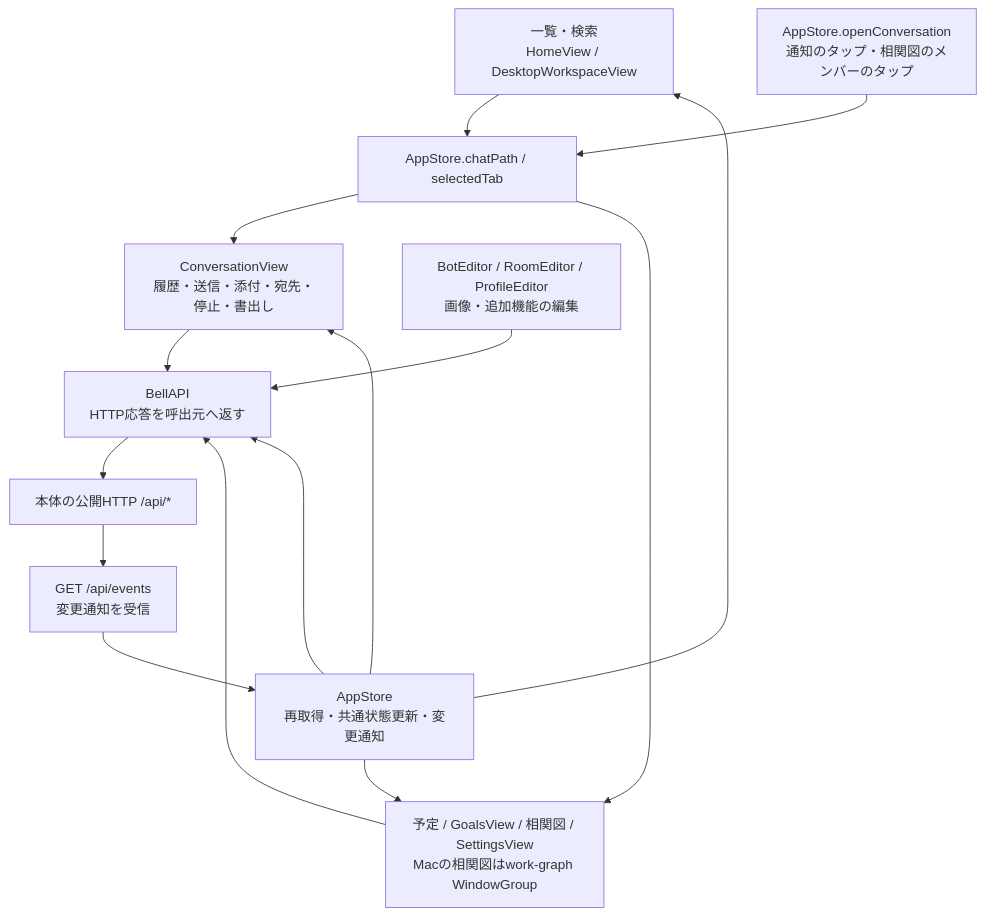
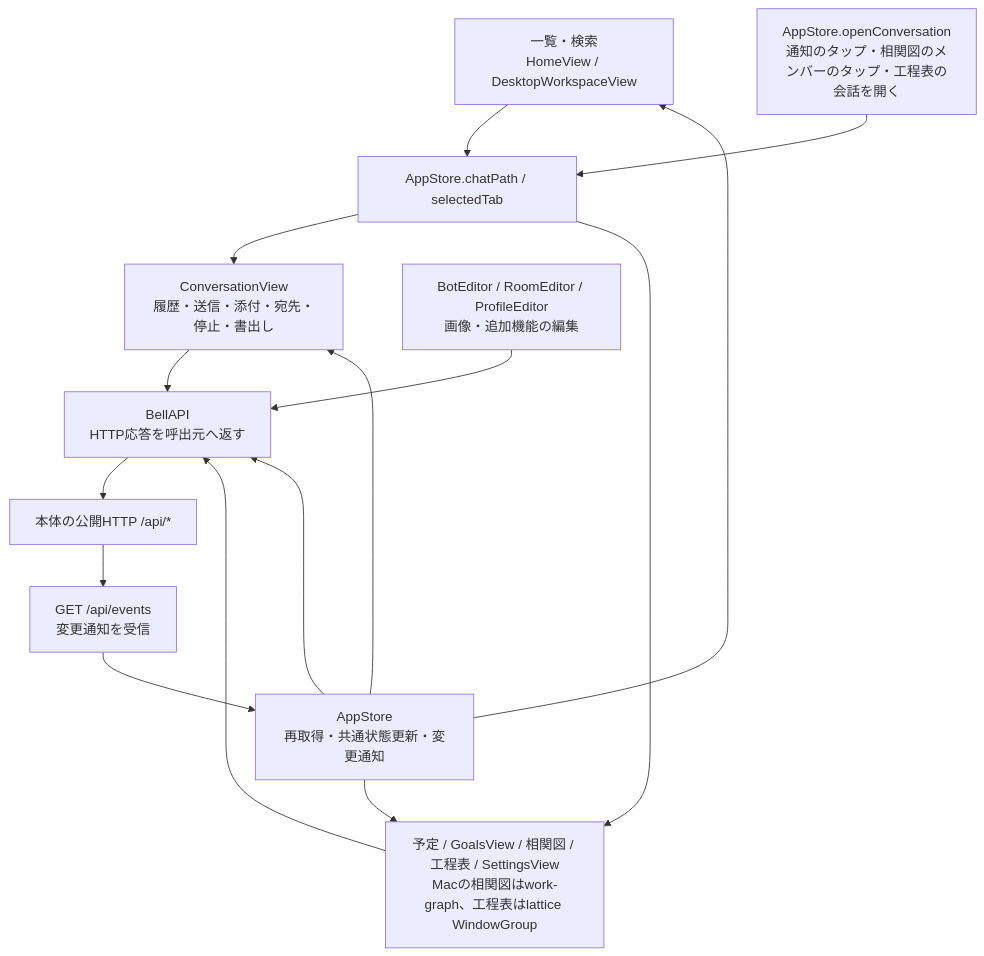
The second of 3 diagrams in docs/architecture/modules/apple/overview.md (kitepon/BellTeam), drawn with Mermaid before and after one commit. The commit also changed other lines of this file and 14 other files, not shown here.

First line of the commit message:
Apple: Lattice process chart screens for iPhone, iPad and Mac

````diff
--- a/docs/architecture/modules/apple/overview.md
+++ b/docs/architecture/modules/apple/overview.md
@@ -29,17 +30,17 @@
 ```mermaid
 flowchart TD
   List["一覧・検索<br/>HomeView / DesktopWorkspaceView"] --> Selection["AppStore.chatPath / selectedTab"]
   Selection --> Chat["ConversationView<br/>履歴・送信・添付・宛先・停止・書出し"]
-  Selection --> Pages["予定 / GoalsView / 相関図 / SettingsView<br/>Macの相関図はwork-graph WindowGroup"]
-  Open["AppStore.openConversation<br/>通知のタップ・相関図のメンバーのタップ"] --> Selection
+  Selection --> Pages["予定 / GoalsView / 相関図 / 工程表 / SettingsView<br/>Macの相関図はwork-graph、工程表はlattice WindowGroup"]
+  Open["AppStore.openConversation<br/>通知のタップ・相関図のメンバーのタップ・工程表の会話を開く"] --> Selection
   Edit["BotEditor / RoomEditor / ProfileEditor<br/>画像・追加機能の編集"] --> HTTP["BellAPI<br/>HTTP応答を呼出元へ返す"]
   Chat --> HTTP
   Pages --> HTTP
   HTTP --> Server["本体の公開HTTP /api/*"]
   Server --> Events["GET /api/events<br/>変更通知を受信"]
   Events --> Store["AppStore<br/>再取得・共通状態更新・変更通知"]
   Store --> List
   Store --> Chat
   Store --> Pages
   Store --> HTTP
 ```
````
